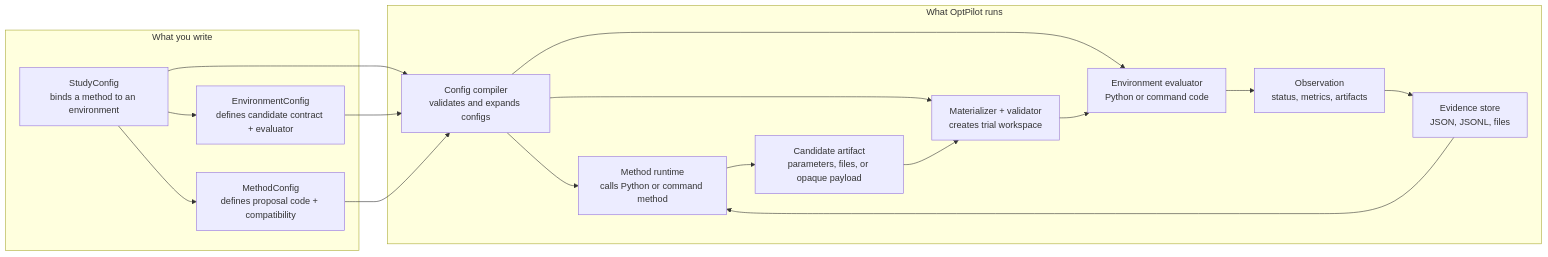
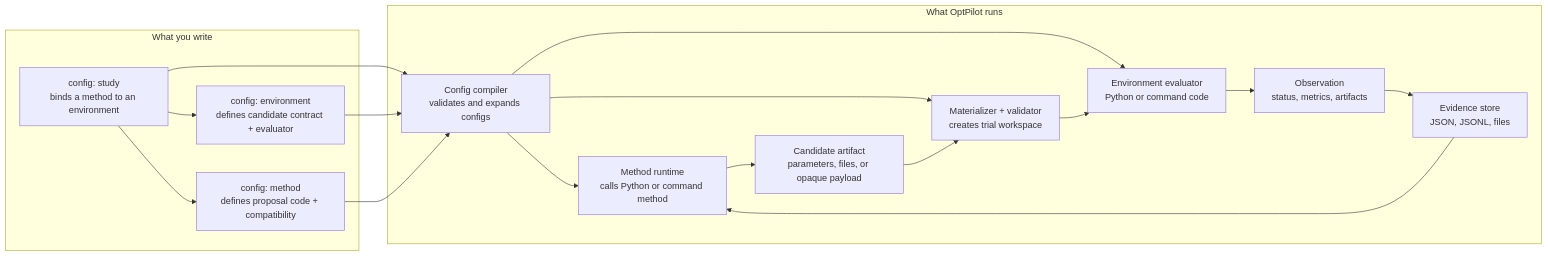
Before and after one commit to MINDS-THU/OptPilot: the diagram in docs/index.md, drawn with Mermaid. The commit also changed other lines of this file and 50 other files, not shown here.

````diff
--- a/docs/index.md
+++ b/docs/index.md
@@ -27,33 +27,33 @@
 ```mermaid
 flowchart LR
   subgraph Authoring["What you write"]
-    StudyConfig["StudyConfig\nbinds a method to an environment"]
-    EnvironmentConfig["EnvironmentConfig\ndefines candidate contract + evaluator"]
-    MethodConfig["MethodConfig\ndefines proposal code + compatibility"]
+    StudyYaml["config: study\nbinds a method to an environment"]
+    EnvironmentYaml["config: environment\ndefines candidate contract + evaluator"]
+    MethodYaml["config: method\ndefines proposal code + compatibility"]
   end
 
   subgraph Runtime["What OptPilot runs"]
     Compiler["Config compiler\nvalidates and expands configs"]
     MethodRuntime["Method runtime\ncalls Python or command method"]
     Candidate["Candidate artifact\nparameters, files, or opaque payload"]
     Materializer["Materializer + validator\ncreates trial workspace"]
     Evaluator["Environment evaluator\nPython or command code"]
     Observation["Observation\nstatus, metrics, artifacts"]
     Evidence["Evidence store\nJSON, JSONL, files"]
   end
 
-  StudyConfig --> EnvironmentConfig
-  StudyConfig --> MethodConfig
-  StudyConfig --> Compiler
-  EnvironmentConfig --> Compiler
-  MethodConfig --> Compiler
+  StudyYaml --> EnvironmentYaml
+  StudyYaml --> MethodYaml
+  StudyYaml --> Compiler
+  EnvironmentYaml --> Compiler
+  MethodYaml --> Compiler
   Compiler --> MethodRuntime
   Compiler --> Materializer
   Compiler --> Evaluator
   MethodRuntime --> Candidate
   Candidate --> Materializer
   Materializer --> Evaluator
   Evaluator --> Observation
   Observation --> Evidence
   Evidence --> MethodRuntime
 ```
````
